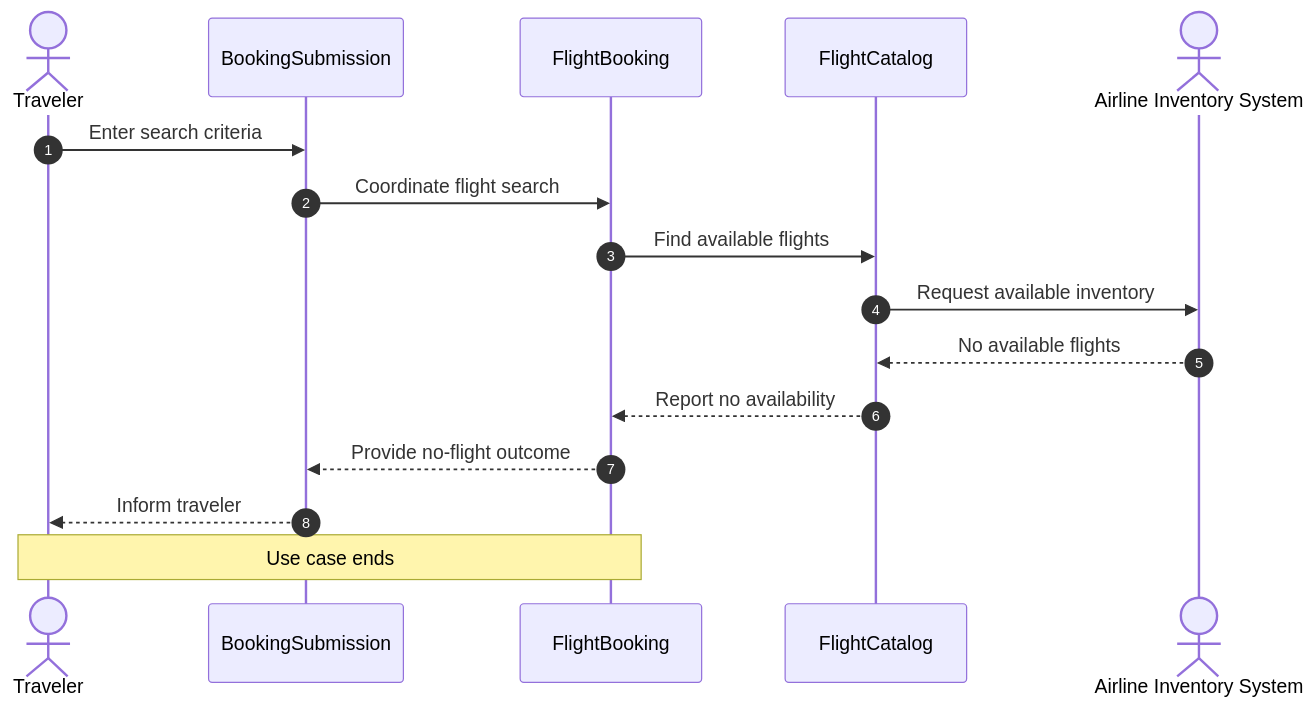
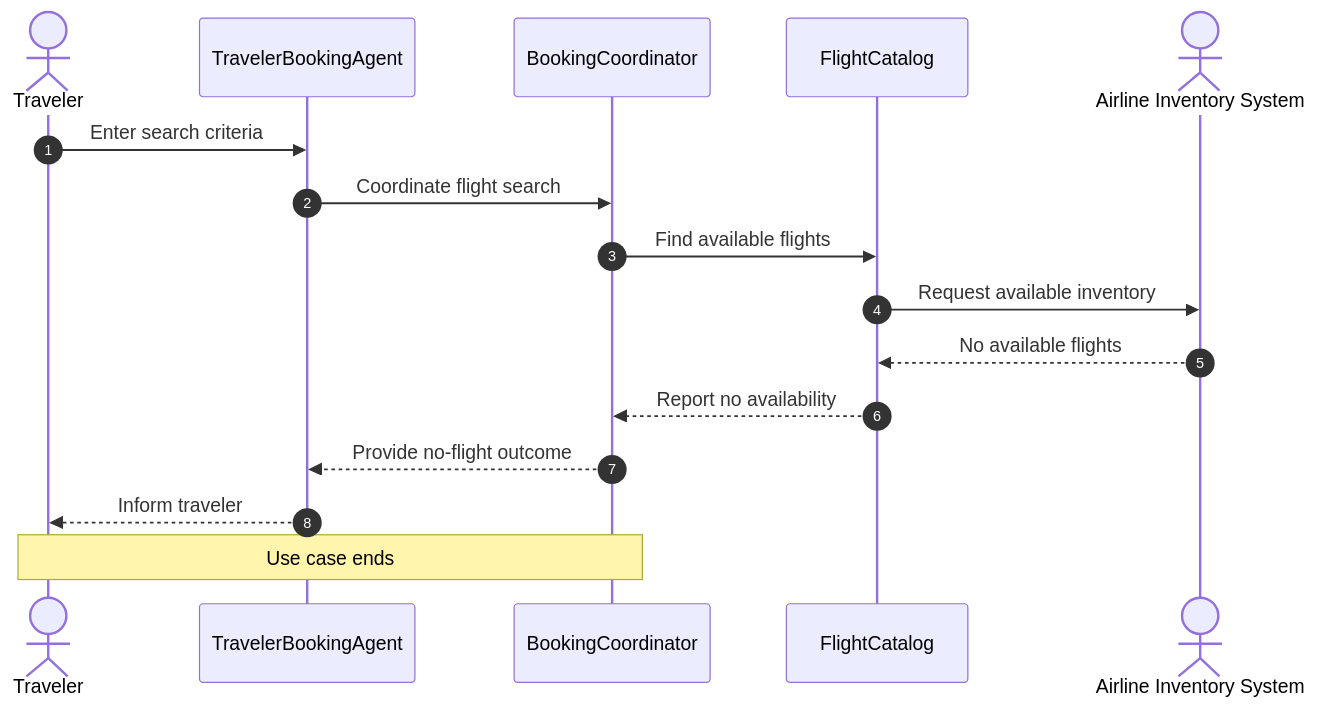
One commit to huang-xiao-jian/bluey changed the third of 4 diagrams in skills/oo-design/references/example.md. Above: the diagram before and after it, drawn with Mermaid. The commit also changed other lines of this file and 3 other files, not shown here.

````diff
--- a/skills/oo-design/references/example.md
+++ b/skills/oo-design/references/example.md
@@ -148,19 +148,19 @@
 ```mermaid
 sequenceDiagram
     autonumber
     actor Traveler
-    participant Submission as BookingSubmission
-    participant Booking as FlightBooking
+    participant Submission as TravelerBookingAgent
+    participant Booking as BookingCoordinator
     participant Catalog as FlightCatalog
     actor Inventory as Airline Inventory System
 
     Traveler->>Submission: Enter search criteria
     Submission->>Booking: Coordinate flight search
     Booking->>Catalog: Find available flights
     Catalog->>Inventory: Request available inventory
     Inventory-->>Catalog: No available flights
     Catalog-->>Booking: Report no availability
     Booking-->>Submission: Provide no-flight outcome
     Submission-->>Traveler: Inform traveler
     Note over Traveler,Booking: Use case ends
 ```
````
